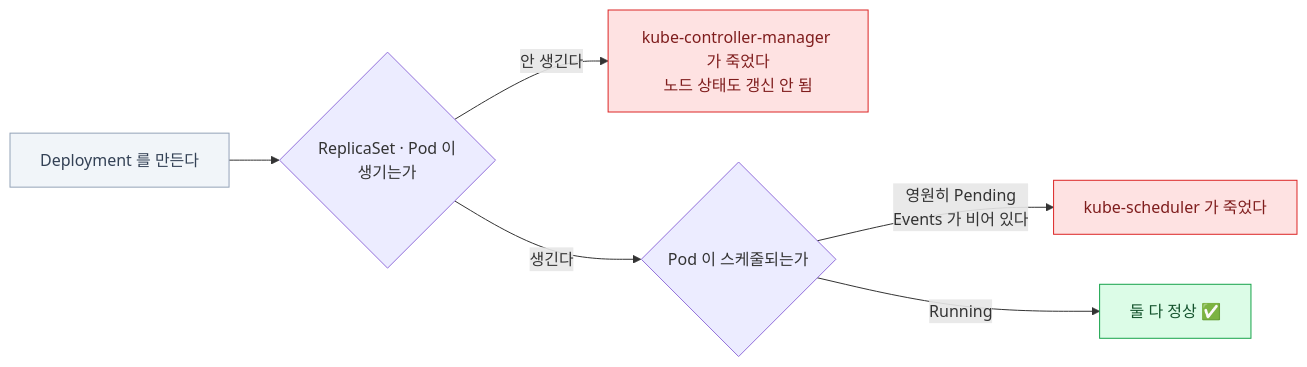
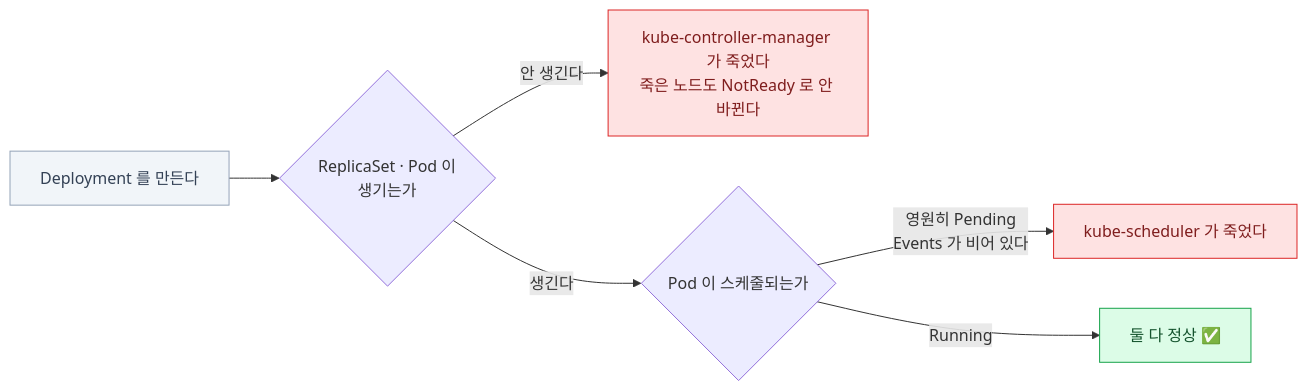
One commit to mechurak/study-starlight changed diagram 11 of 13 in src/content/docs/cka/18-troubleshooting.mdx. Above: the diagram before and after it, drawn with Mermaid. The commit also changed other lines of this file and 22 other files, not shown here.

````diff
--- a/src/content/docs/cka/18-troubleshooting.mdx
+++ b/src/content/docs/cka/18-troubleshooting.mdx
@@ -664,15 +666,15 @@
 ```mermaid
 flowchart LR
     D["Deployment 를 만든다"] --> Q1{"ReplicaSet · Pod 이<br/>생기는가"}
-    Q1 -->|"안 생긴다"| CM["kube-controller-manager 가 죽었다<br/>노드 상태도 갱신 안 됨"]
+    Q1 -->|"안 생긴다"| CM["kube-controller-manager 가 죽었다<br/>죽은 노드도 NotReady 로 안 바뀐다"]
     Q1 -->|"생긴다"| Q2{"Pod 이 스케줄되는가"}
     Q2 -->|"영원히 Pending<br/>Events 가 비어 있다"| SCH["kube-scheduler 가 죽었다"]
     Q2 -->|"Running"| OK["둘 다 정상 ✅"]
 
     classDef ok fill:#dcfce7,stroke:#16a34a,color:#14532d
     classDef bad fill:#fee2e2,stroke:#dc2626,color:#7f1d1d
     classDef mute fill:#f1f5f9,stroke:#94a3b8,color:#334155
     class OK ok
     class CM,SCH bad
     class D mute
 ```
````
